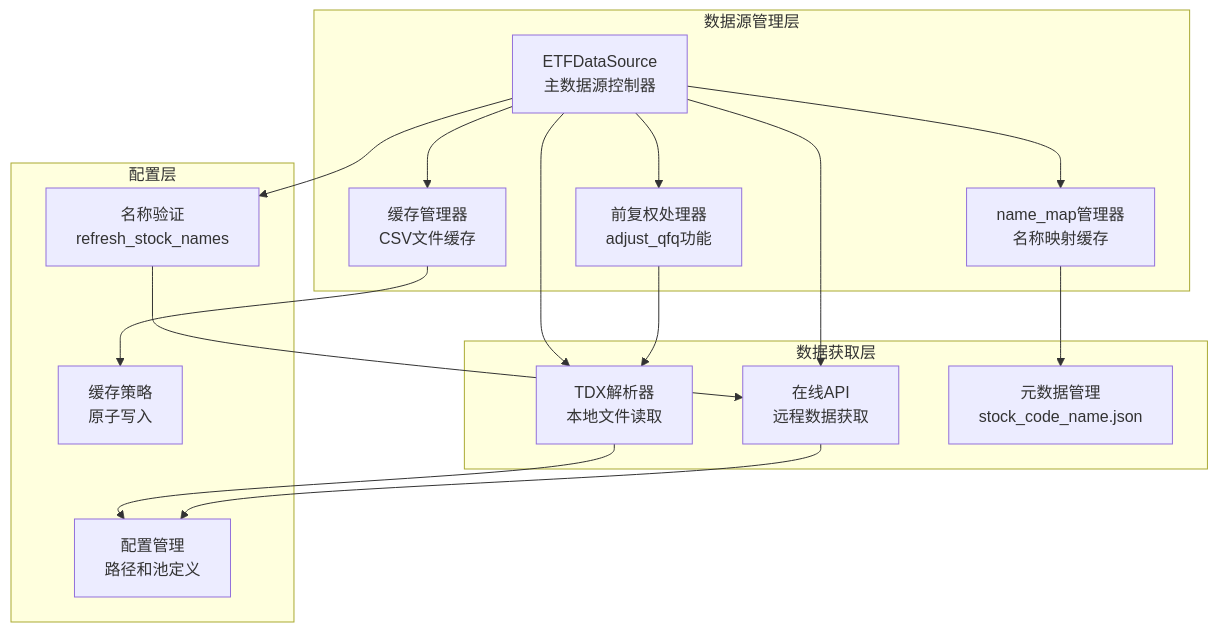
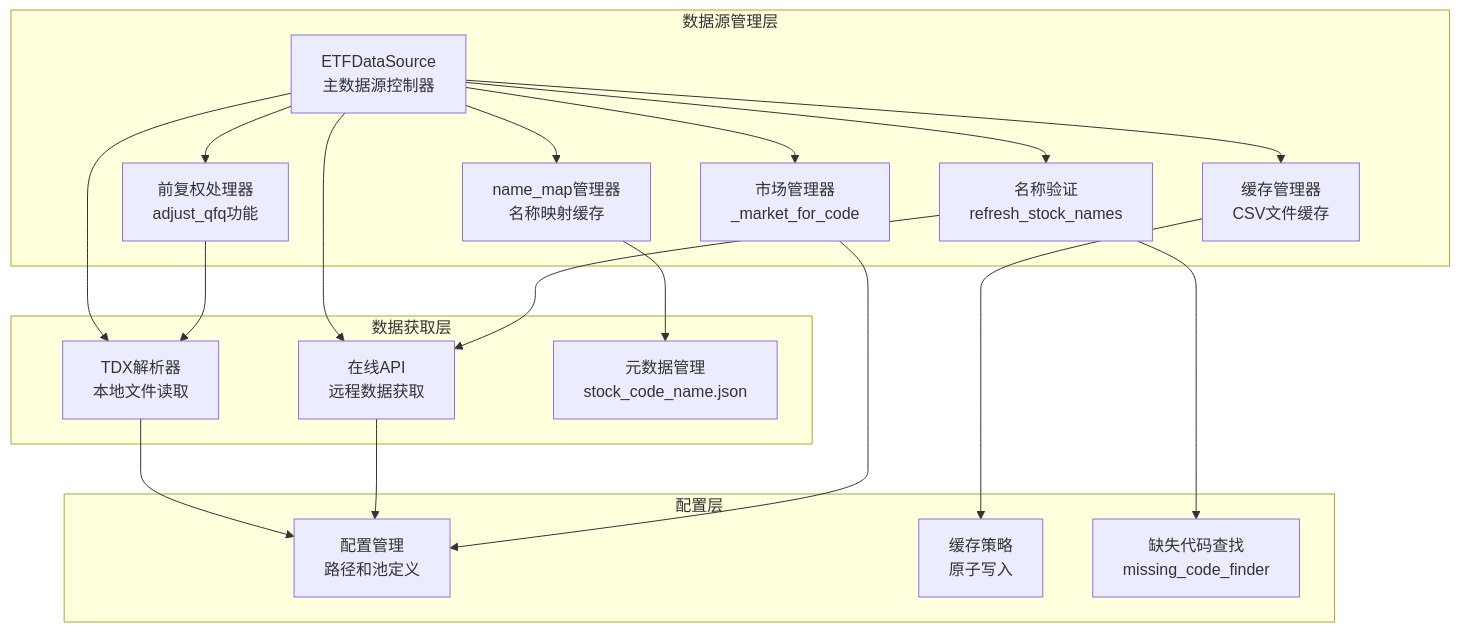
The first of 12 diagrams in .qoder/repowiki/zh/content/数据处理系统/数据源管理机制.md (ldeng76/quant-ETF), drawn with Mermaid before and after one commit. The commit also changed other lines of this file and 11 other files, not shown here.

````diff
--- a/.qoder/repowiki/zh/content/数据处理系统/数据源管理机制.md
+++ b/.qoder/repowiki/zh/content/数据处理系统/数据源管理机制.md
@@ -51,31 +52,36 @@
 ```mermaid
 graph TB
 subgraph "数据源管理层"
 DS[ETFDataSource<br/>主数据源控制器]
 NM[name_map管理器<br/>名称映射缓存]
 CM[缓存管理器<br/>CSV文件缓存]
 QFQ[前复权处理器<br/>adjust_qfq功能]
+MM[市场管理器<br/>_market_for_code]
+NAME_VER[名称验证<br/>refresh_stock_names]
 end
 subgraph "数据获取层"
 TDX[TDX解析器<br/>本地文件读取]
 API[在线API<br/>远程数据获取]
 META[元数据管理<br/>stock_code_name.json]
 end
 subgraph "配置层"
 CONF[配置管理<br/>路径和池定义]
 CACHE[缓存策略<br/>原子写入]
-NAME_VER[名称验证<br/>refresh_stock_names]
+MISSING[缺失代码查找<br/>missing_code_finder]
 end
 DS --> TDX
 DS --> API
 DS --> NM
 DS --> CM
 DS --> QFQ
+DS --> MM
 DS --> NAME_VER
 NM --> META
 CM --> CACHE
 TDX --> CONF
 API --> CONF
 QFQ --> TDX
 NAME_VER --> API
+NAME_VER --> MISSING
+MM --> CONF
 ```
````
